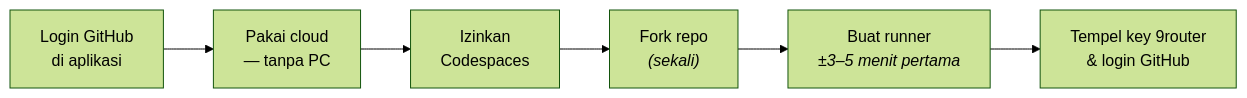
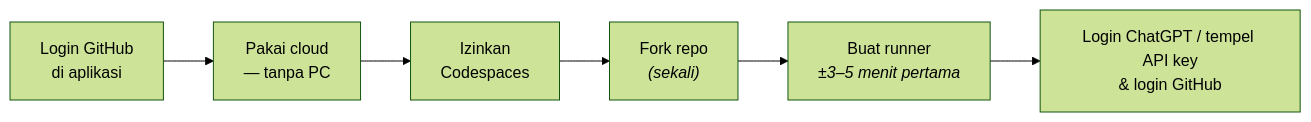
The fourth of 6 diagrams in README.md (arfakaisar/snugcode), drawn with Mermaid (forest theme) before and after one commit. The commit also changed other lines of this file and 5 other files, not shown here.

````diff
--- a/README.md
+++ b/README.md
@@ -318,8 +320,8 @@
 ```mermaid
 flowchart LR
     A["Login GitHub<br/>di aplikasi"] --> B["Pakai cloud<br/>— tanpa PC"]
     B --> C["Izinkan<br/>Codespaces"]
     C --> D["Fork repo<br/><i>(sekali)</i>"]
     D --> E["Buat runner<br/><i>±3–5 menit pertama</i>"]
-    E --> F["Tempel key 9router<br/>& login GitHub"]
+    E --> F["Login ChatGPT / tempel API key<br/>& login GitHub"]
 ```
````
